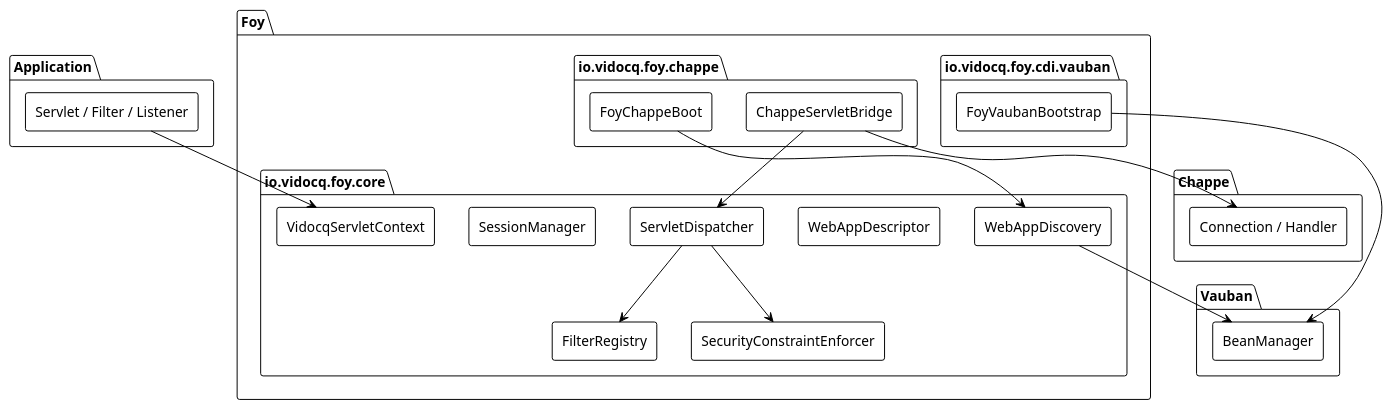
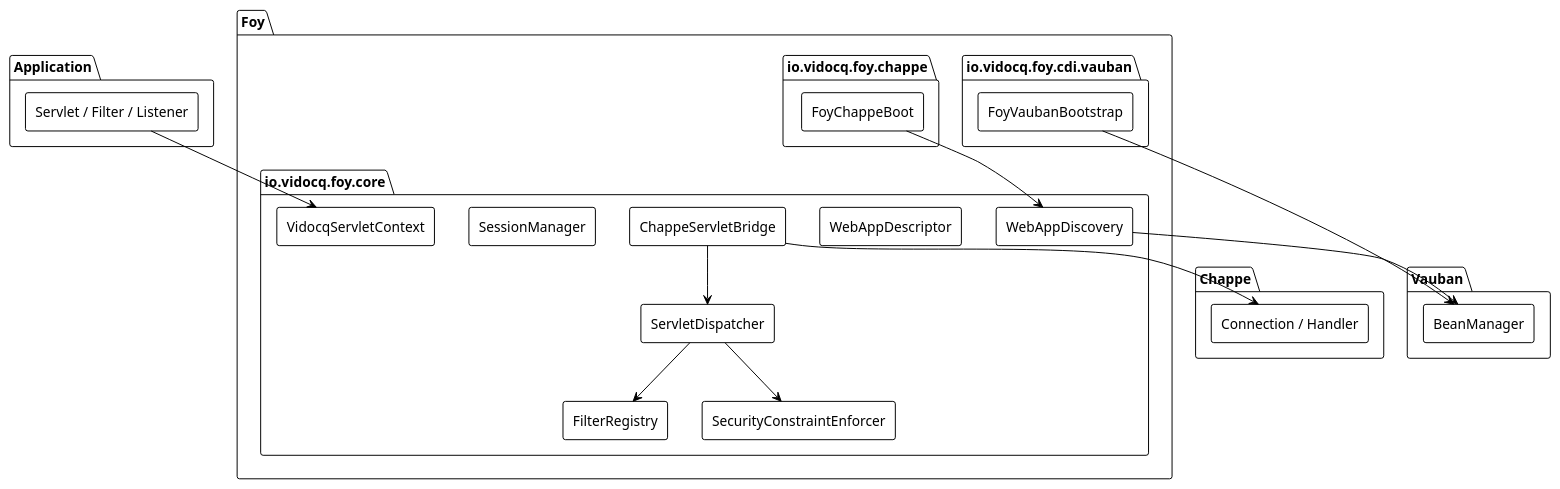
Before and after one commit to vidocq-stack/foy: the first of 3 diagrams in docs/en/modules/ROOT/pages/internals.adoc, drawn with PlantUML. The commit also changed other lines of this file and 7 other files, not shown here.

```diff
--- a/docs/en/modules/ROOT/pages/internals.adoc
+++ b/docs/en/modules/ROOT/pages/internals.adoc
@@ -9,47 +9,47 @@
 [plantuml]
 ....
 @startuml
 !theme plain
 skinparam componentStyle rectangle
 
 package "Application" {
   [Servlet / Filter / Listener] as APP
 }
 
 package "Foy" {
   package "io.vidocq.foy.core" {
     [WebAppDiscovery]
     [WebAppDescriptor]
+    [ChappeServletBridge]
     [ServletDispatcher]
     [FilterRegistry]
     [SessionManager]
     [VidocqServletContext]
     [SecurityConstraintEnforcer]
   }
   package "io.vidocq.foy.chappe" {
     [FoyChappeBoot]
-    [ChappeServletBridge]
   }
   package "io.vidocq.foy.cdi.vauban" {
     [FoyVaubanBootstrap]
   }
 }
 
 package "Chappe" {
   [Connection / Handler]
 }
 
 package "Vauban" {
   [BeanManager]
 }
 
 APP --> [VidocqServletContext]
 [FoyChappeBoot] --> [WebAppDiscovery]
 [WebAppDiscovery] --> [BeanManager]
 [ChappeServletBridge] --> [ServletDispatcher]
 [ServletDispatcher] --> [FilterRegistry]
 [ServletDispatcher] --> [SecurityConstraintEnforcer]
 [ChappeServletBridge] --> [Connection / Handler]
 [FoyVaubanBootstrap] --> [BeanManager]
 @enduml
 ....
```
